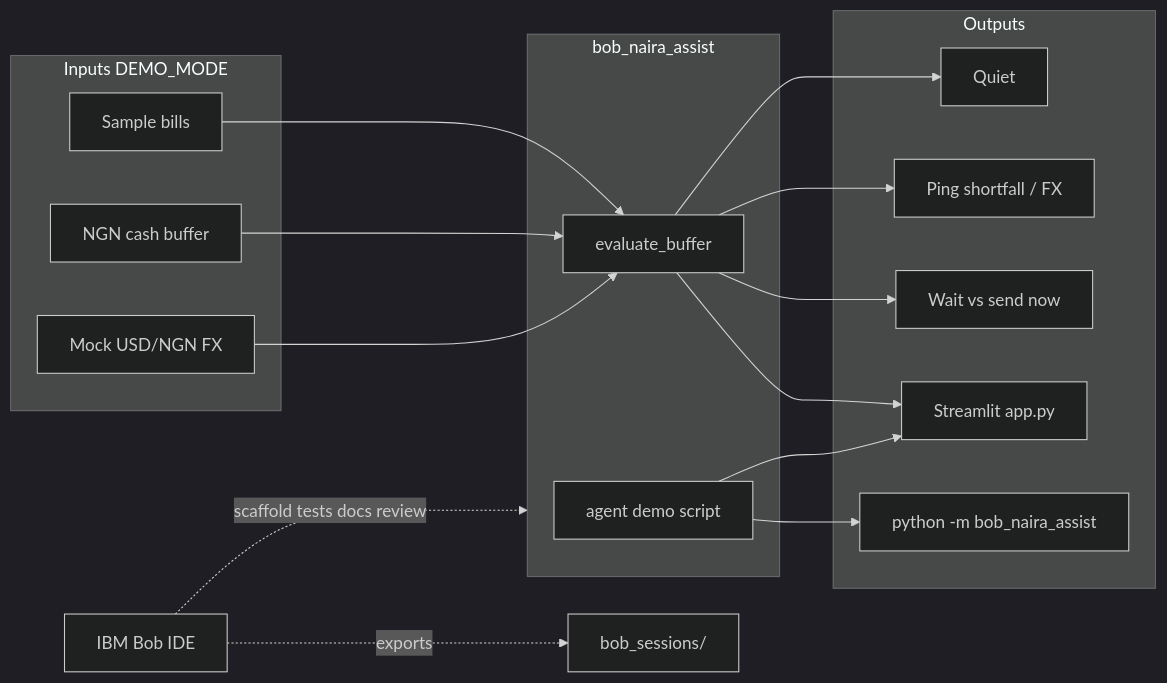
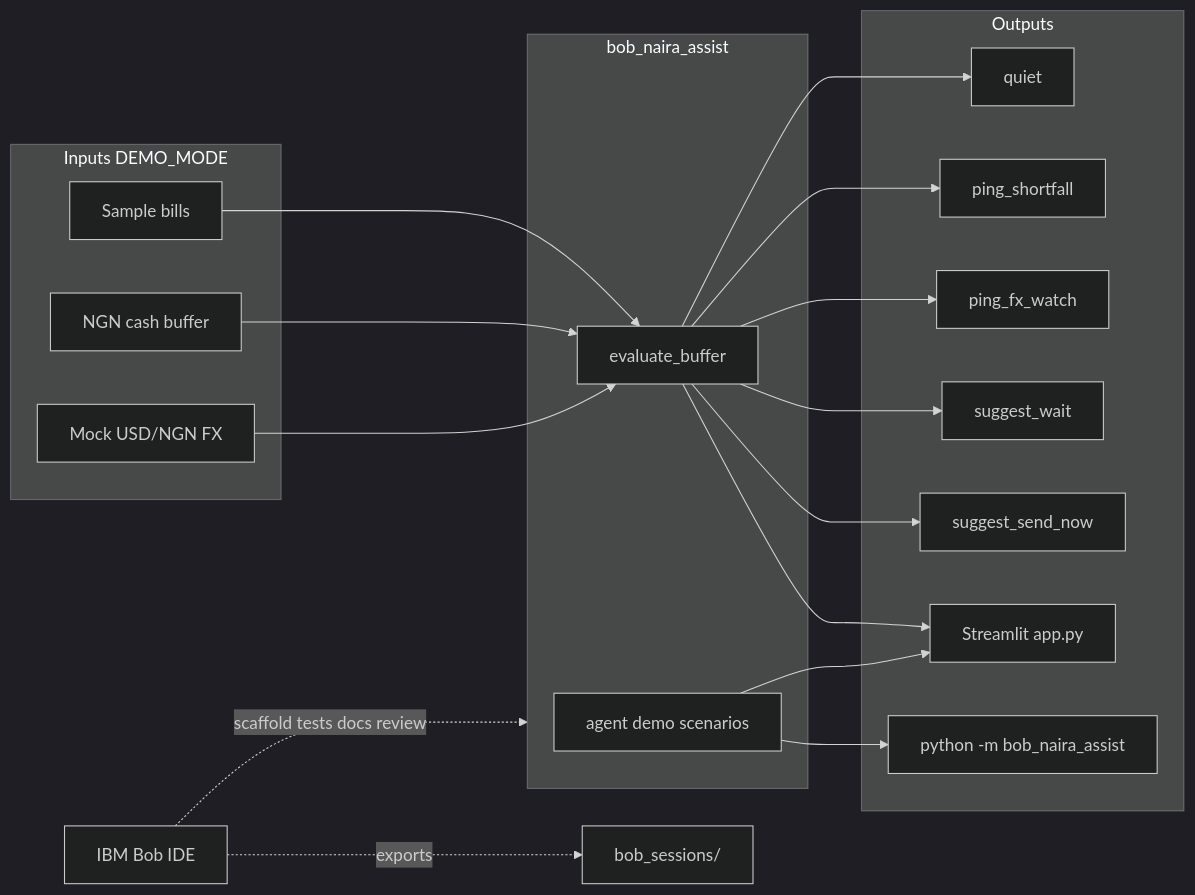
One commit to Quantumwoof/bob-naira-assist changed the diagram in docs/architecture.md. Above: the diagram before and after it, drawn with Mermaid (dark theme). The commit also changed other lines of this file and 14 other files, not shown here.

````diff
--- a/docs/architecture.md
+++ b/docs/architecture.md
@@ -8,34 +8,38 @@
 ```mermaid
 flowchart LR
   subgraph inputs [Inputs DEMO_MODE]
     Bills[Sample bills]
     Buffer[NGN cash buffer]
     FX[Mock USD/NGN FX]
   end
 
   subgraph core [bob_naira_assist]
     Eval[evaluate_buffer]
-    Agent[agent demo script]
+    Agent[agent demo scenarios]
   end
 
   subgraph outs [Outputs]
-    Quiet[Quiet]
-    Ping[Ping shortfall / FX]
-    Timing[Wait vs send now]
+    Quiet[quiet]
+    Shortfall[ping_shortfall]
+    FxWatch[ping_fx_watch]
+    Wait[suggest_wait]
+    Send[suggest_send_now]
     UI[Streamlit app.py]
     CLI[python -m bob_naira_assist]
   end
 
   Bills --> Eval
   Buffer --> Eval
   FX --> Eval
   Eval --> Quiet
-  Eval --> Ping
-  Eval --> Timing
+  Eval --> Shortfall
+  Eval --> FxWatch
+  Eval --> Wait
+  Eval --> Send
   Agent --> CLI
   Eval --> UI
   Agent --> UI
 
   Bob[IBM Bob IDE] -.->|scaffold tests docs review| core
   Bob -.->|exports| Sessions[bob_sessions/]
 ```
````
